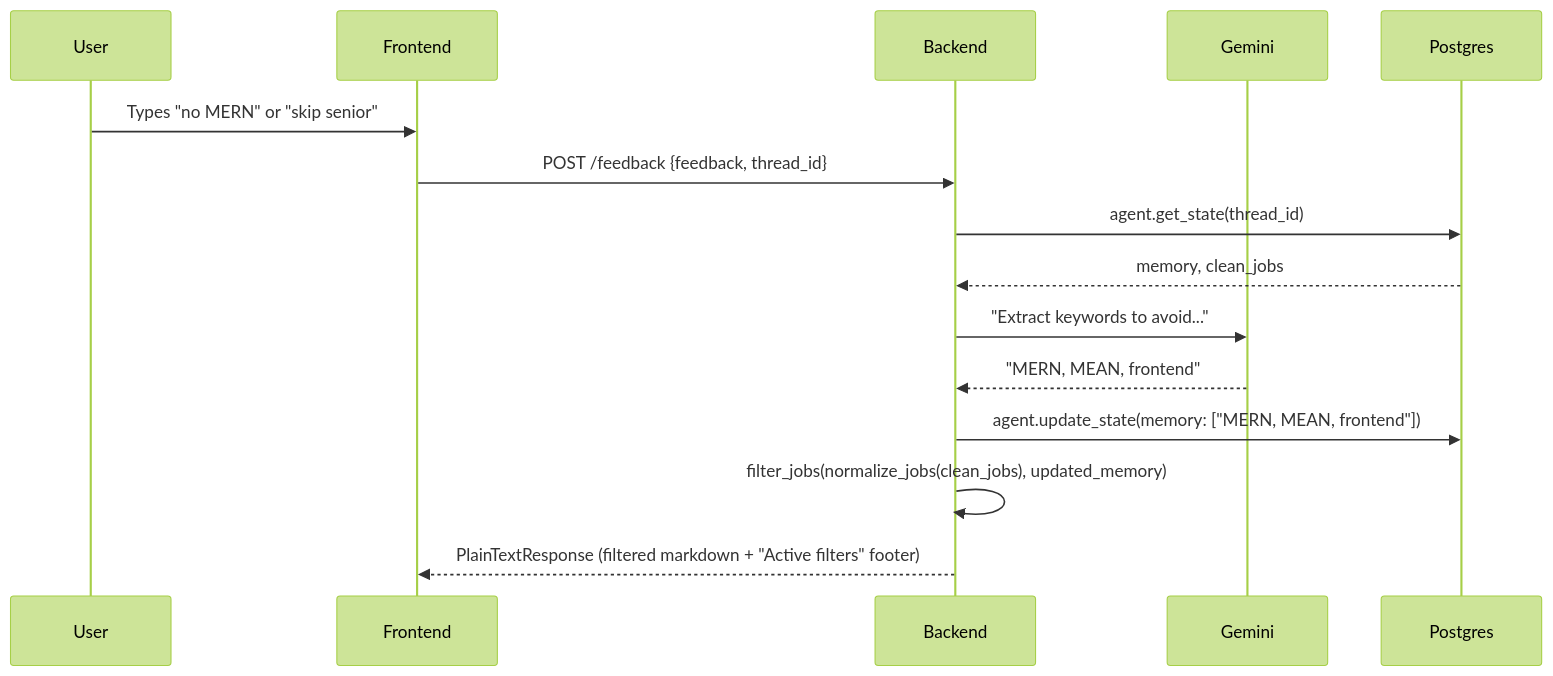
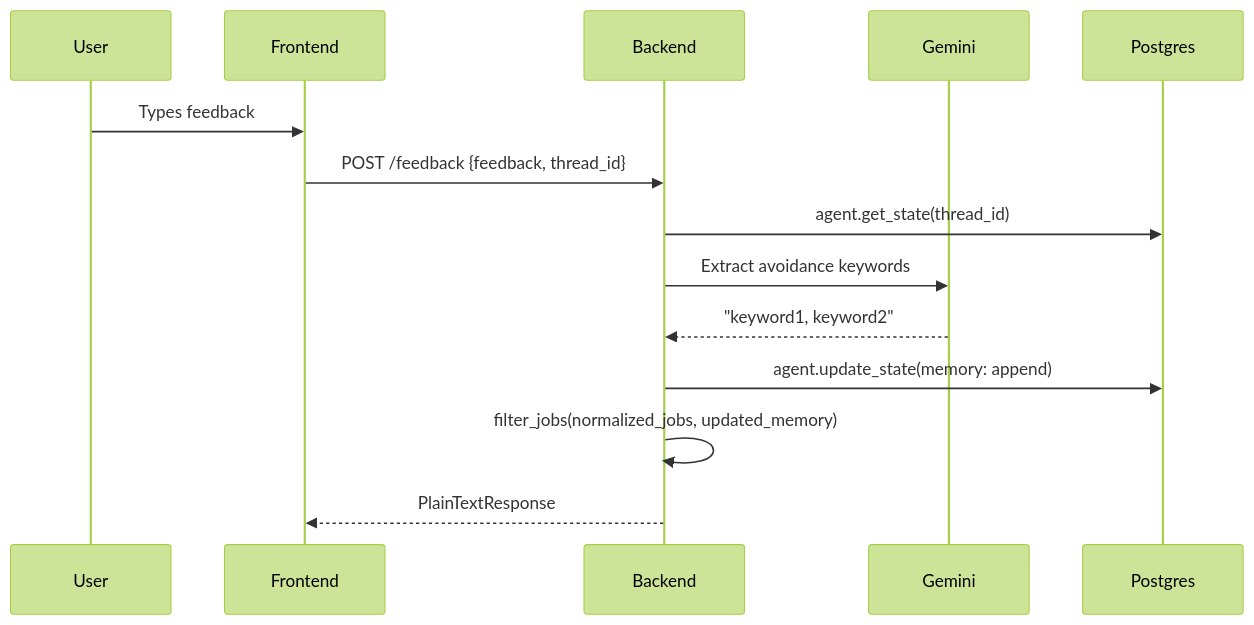
The diagram in openwiki/workflows.md (tsouk88/job-search-agent), drawn with Mermaid (forest theme) before and after one commit. The commit also changed other lines of this file and 31 other files, not shown here.

````diff
--- a/openwiki/workflows.md
+++ b/openwiki/workflows.md
@@ -59,18 +54,17 @@
 ```mermaid
 sequenceDiagram
     participant U as User
     participant F as Frontend
     participant B as Backend
     participant LLM as Gemini
     participant PG as Postgres
 
-    U->>F: Types "no MERN" or "skip senior"
+    U->>F: Types feedback
     F->>B: POST /feedback {feedback, thread_id}
     B->>PG: agent.get_state(thread_id)
-    PG-->>B: memory, clean_jobs
-    B->>LLM: "Extract keywords to avoid..."
-    LLM-->>B: "MERN, MEAN, frontend"
-    B->>PG: agent.update_state(memory: ["MERN, MEAN, frontend"])
-    B->>B: filter_jobs(normalize_jobs(clean_jobs), updated_memory)
-    B-->>F: PlainTextResponse (filtered markdown + "Active filters" footer)
+    B->>LLM: Extract avoidance keywords
+    LLM-->>B: "keyword1, keyword2"
+    B->>PG: agent.update_state(memory: append)
+    B->>B: filter_jobs(normalized_jobs, updated_memory)
+    B-->>F: PlainTextResponse
 ```
````
